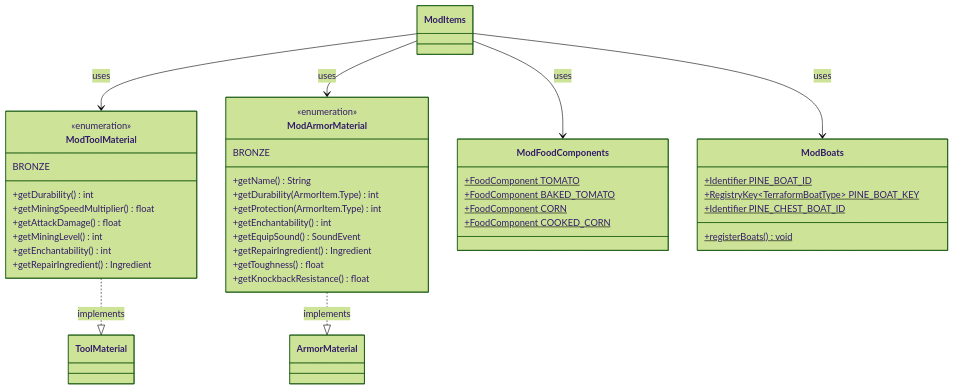
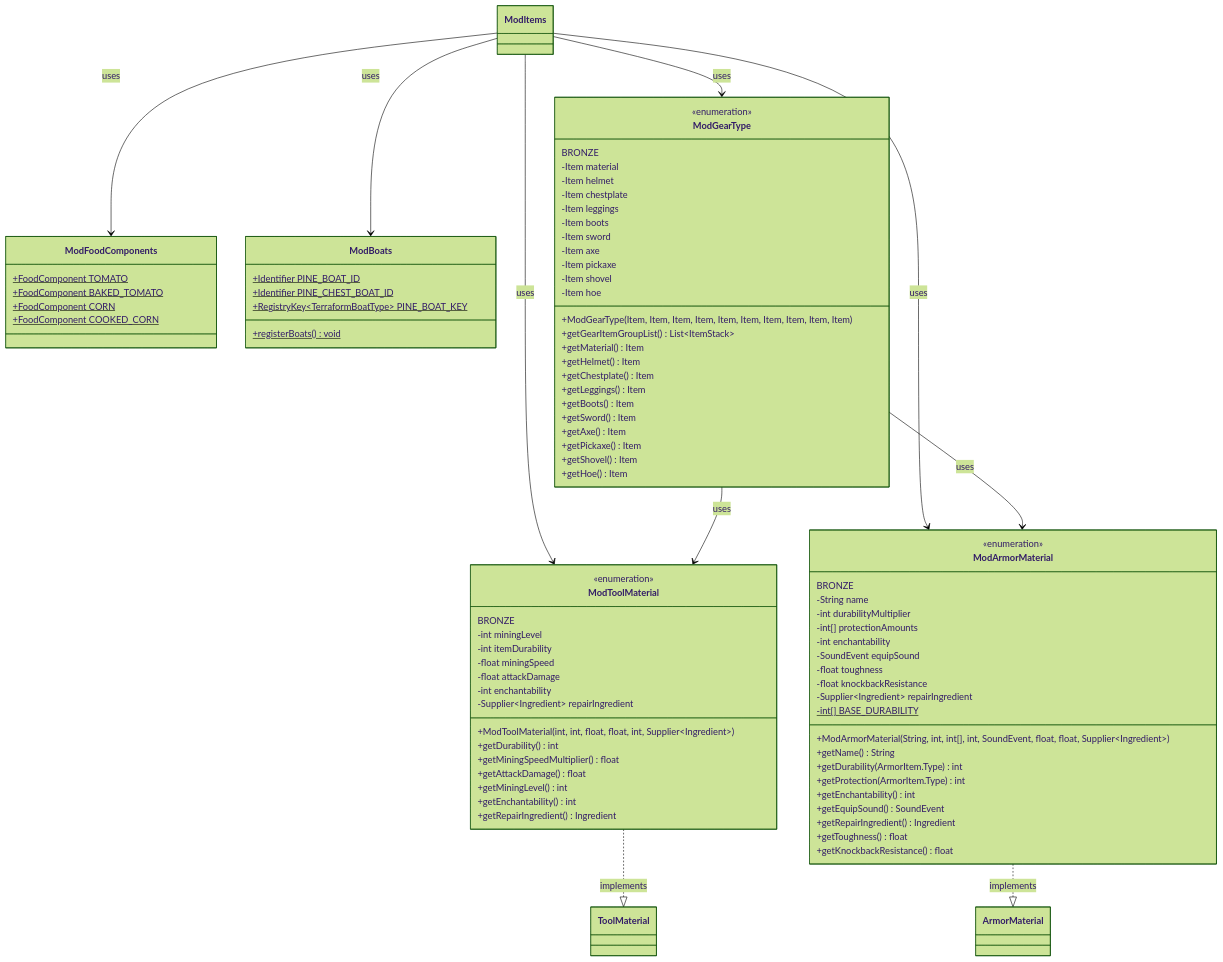
One commit to Lord-of-the-Rings-Middle-Earth-Mod/Lord-of-the-Rings-Middle-Earth-Mod changed the fourth of 6 diagrams in classdiagram.md. Above: the diagram before and after it, drawn with Mermaid (forest theme). The commit also changed other lines of this file, not shown here.

Commit message:
Add comprehensive missing methods, attributes, and classes to class diagram

````diff
--- a/classdiagram.md
+++ b/classdiagram.md
@@ -222,6 +387,13 @@
     class ModToolMaterial {
         <<enumeration>>
         BRONZE
+        -int miningLevel
+        -int itemDurability
+        -float miningSpeed
+        -float attackDamage
+        -int enchantability
+        -Supplier~Ingredient~ repairIngredient
+        +ModToolMaterial(int, int, float, float, int, Supplier~Ingredient~)
         +getDurability() int
         +getMiningSpeedMultiplier() float
         +getAttackDamage() float
@@ -233,6 +405,16 @@
     class ModArmorMaterial {
         <<enumeration>>
         BRONZE
+        -String name
+        -int durabilityMultiplier
+        -int[] protectionAmounts
+        -int enchantability
+        -SoundEvent equipSound
+        -float toughness
+        -float knockbackResistance
+        -Supplier~Ingredient~ repairIngredient
+        -int[] BASE_DURABILITY$
+        +ModArmorMaterial(String, int, int[], int, SoundEvent, float, float, Supplier~Ingredient~)
         +getName() String
         +getDurability(ArmorItem.Type) int
         +getProtection(ArmorItem.Type) int
@@ -252,9 +434,36 @@
 
     class ModBoats {
         +Identifier PINE_BOAT_ID$
+        +Identifier PINE_CHEST_BOAT_ID$
         +RegistryKey~TerraformBoatType~ PINE_BOAT_KEY$
-        +Identifier PINE_CHEST_BOAT_ID$
         +registerBoats() void$
+    }
+
+    class ModGearType {
+        <<enumeration>>
+        BRONZE
+        -Item material
+        -Item helmet
+        -Item chestplate
+        -Item leggings
+        -Item boots
+        -Item sword
+        -Item axe
+        -Item pickaxe
+        -Item shovel
+        -Item hoe
+        +ModGearType(Item, Item, Item, Item, Item, Item, Item, Item, Item, Item)
+        +getGearItemGroupList() List~ItemStack~
+        +getMaterial() Item
+        +getHelmet() Item
+        +getChestplate() Item
+        +getLeggings() Item
+        +getBoots() Item
+        +getSword() Item
+        +getAxe() Item
+        +getPickaxe() Item
+        +getShovel() Item
+        +getHoe() Item
     }
 
     %% Interface implementations
@@ -266,4 +475,7 @@
     ModItems --> ModArmorMaterial : uses
     ModItems --> ModFoodComponents : uses
     ModItems --> ModBoats : uses
+    ModItems --> ModGearType : uses
+    ModGearType --> ModArmorMaterial : uses
+    ModGearType --> ModToolMaterial : uses
 ```
````
